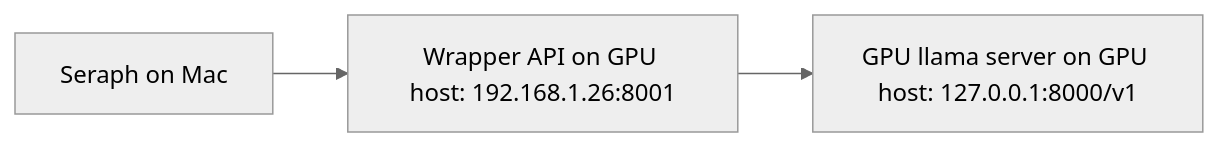
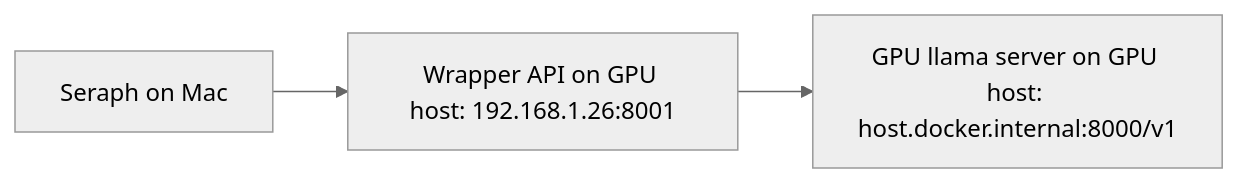
Before and after one commit to seraph-quest/vlm-screenshot-server: the second of 2 diagrams in README.md, drawn with Mermaid (neutral theme). The commit also changed other lines of this file and 4 other files, not shown here.

First line of the commit message:
Fix Docker backend routing on GPU host (#5)

````diff
--- a/README.md
+++ b/README.md
@@ -28,5 +28,5 @@
 ```mermaid
 flowchart LR
   A["Seraph on Mac"] --> B["Wrapper API on GPU host: 192.168.1.26:8001"]
-  B --> C["GPU llama server on GPU host: 127.0.0.1:8000/v1"]
+  B --> C["GPU llama server on GPU host: host.docker.internal:8000/v1"]
 ```
````
